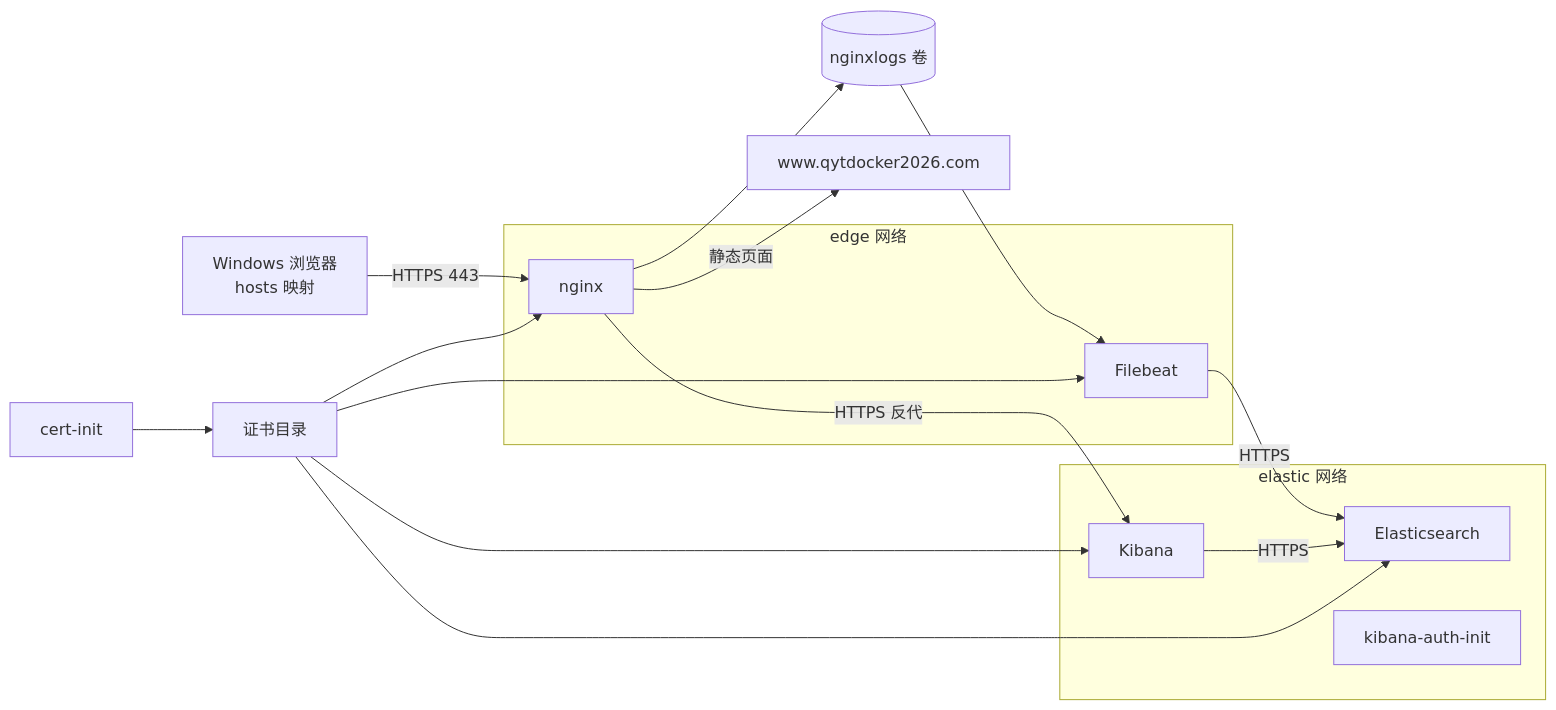
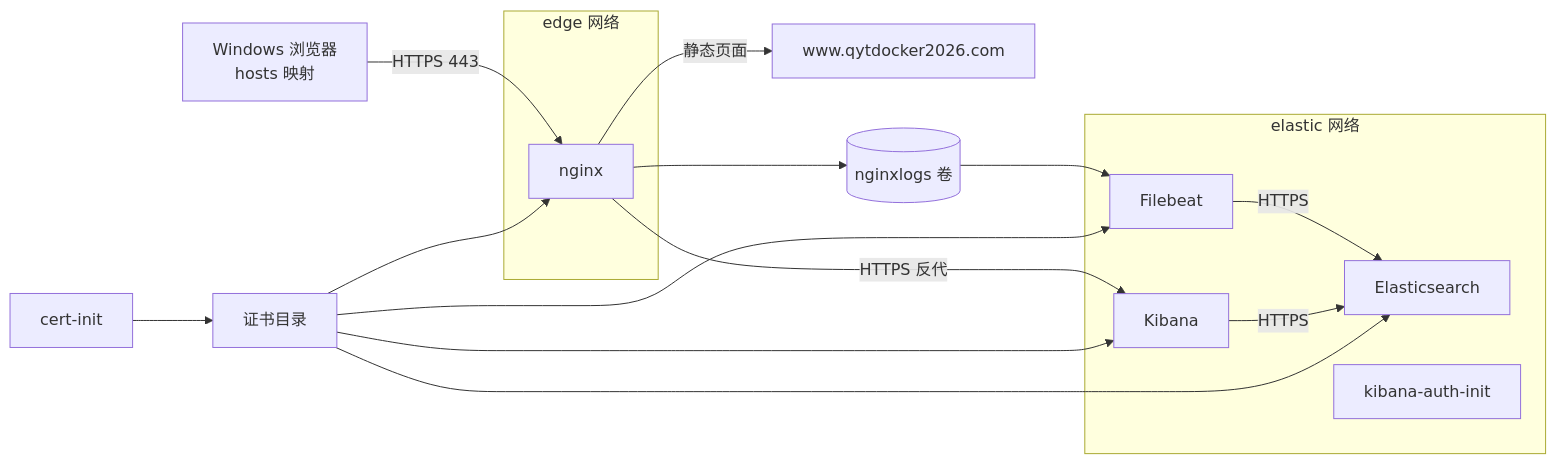
One commit to hwang-protocol/docker_k8s_2026 changed the first of 6 diagrams in docker/docker_6_compose/03_compose_tls_elk_lab.md. Above: the diagram before and after it, drawn with Mermaid. The commit also changed other lines of this file and 20 other files, not shown here.

````diff
--- a/docker/docker_6_compose/03_compose_tls_elk_lab.md
+++ b/docker/docker_6_compose/03_compose_tls_elk_lab.md
@@ -32,28 +32,27 @@
 ```mermaid
 flowchart LR
   Browser[Windows 浏览器<br/>hosts 映射] -->|HTTPS 443| Nginx[nginx]
   Nginx -->|静态页面| WWW[www.qytdocker2026.com]
   Nginx -->|HTTPS 反代| Kibana[Kibana]
   Filebeat[Filebeat] -->|HTTPS| ES[Elasticsearch]
   Kibana -->|HTTPS| ES
   Nginx --> Logs[(nginxlogs 卷)]
   Logs --> Filebeat
   CertInit[cert-init] --> Certs[证书目录]
   Certs --> Nginx
   Certs --> Kibana
   Certs --> ES
   Certs --> Filebeat
 
   subgraph edge 网络
     Nginx
-    Filebeat
   end
 
   subgraph elastic 网络
     ES
     Kibana
     Nginx
     Filebeat
     KibanaInit[kibana-auth-init]
   end
 ```
````
